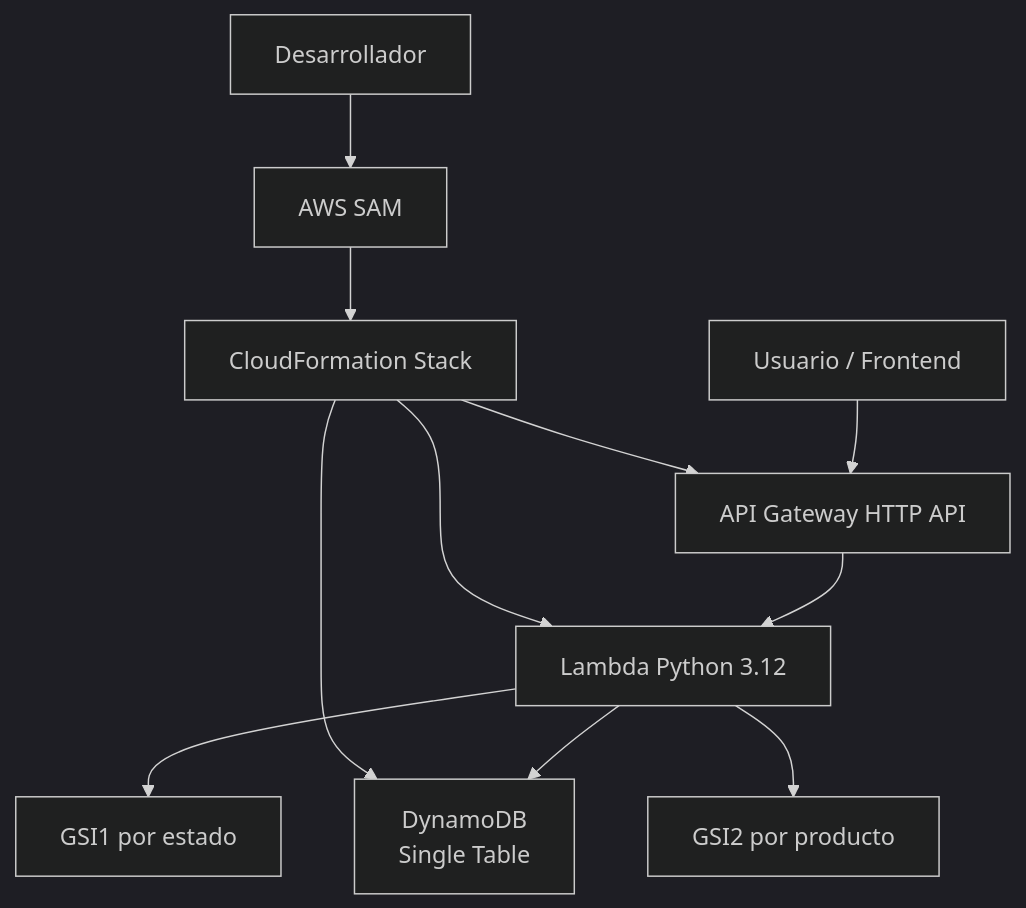
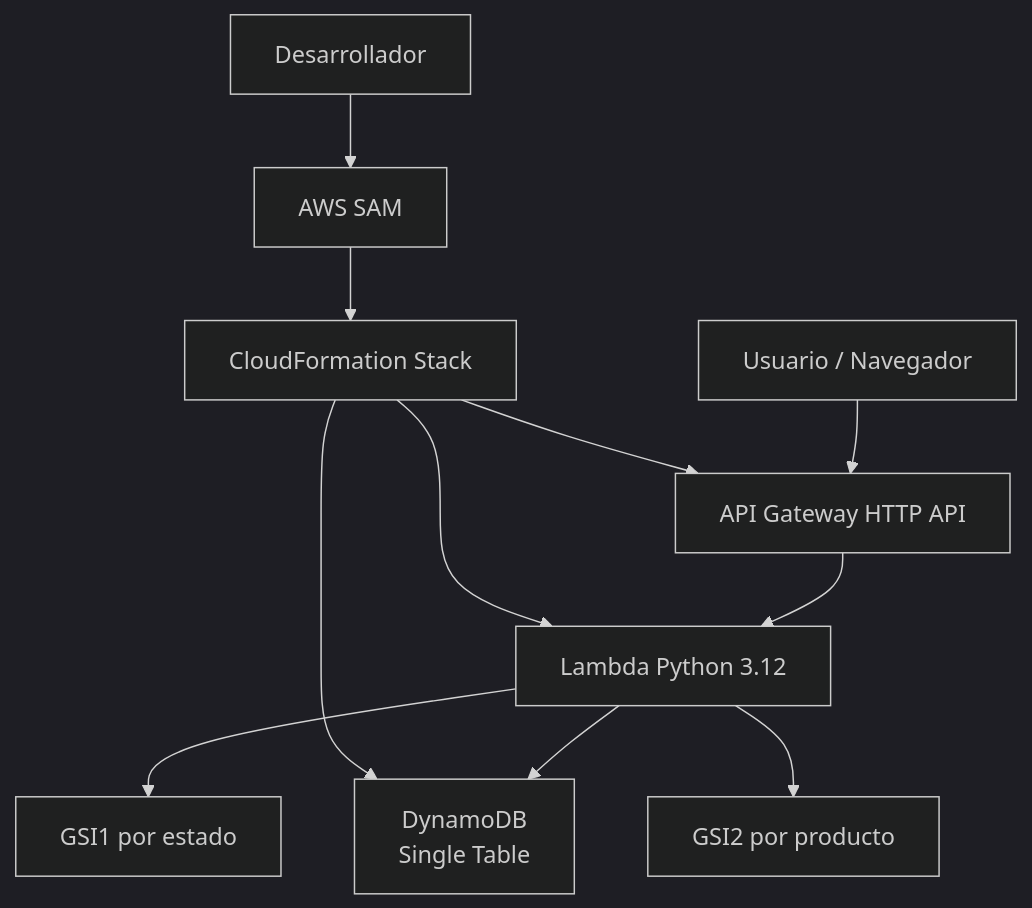
One commit to vladimiracunadev-create/proyectos-aws changed the fourth of 4 diagrams in caso-e-dynamodb-persistence/docs/architecture.md. Above: the diagram before and after it, drawn with Mermaid (dark theme). The commit also changed other lines of this file and 5 other files, not shown here.

````diff
--- a/caso-e-dynamodb-persistence/docs/architecture.md
+++ b/caso-e-dynamodb-persistence/docs/architecture.md
@@ -91,15 +95,15 @@
 ```mermaid
 graph TB
-    User["Usuario / Frontend"] --> APIGW["API Gateway HTTP API"]
+    User["Usuario / Navegador"] --> APIGW["API Gateway HTTP API"]
     APIGW --> Lambda["Lambda Python 3.12"]
 
     Lambda --> Table["DynamoDB\nSingle Table"]
     Lambda --> GSI1["GSI1 por estado"]
     Lambda --> GSI2["GSI2 por producto"]
 
     Dev["Desarrollador"] --> SAM["AWS SAM"]
     SAM --> CFN["CloudFormation Stack"]
     CFN --> APIGW
     CFN --> Lambda
     CFN --> Table
 ```
````
